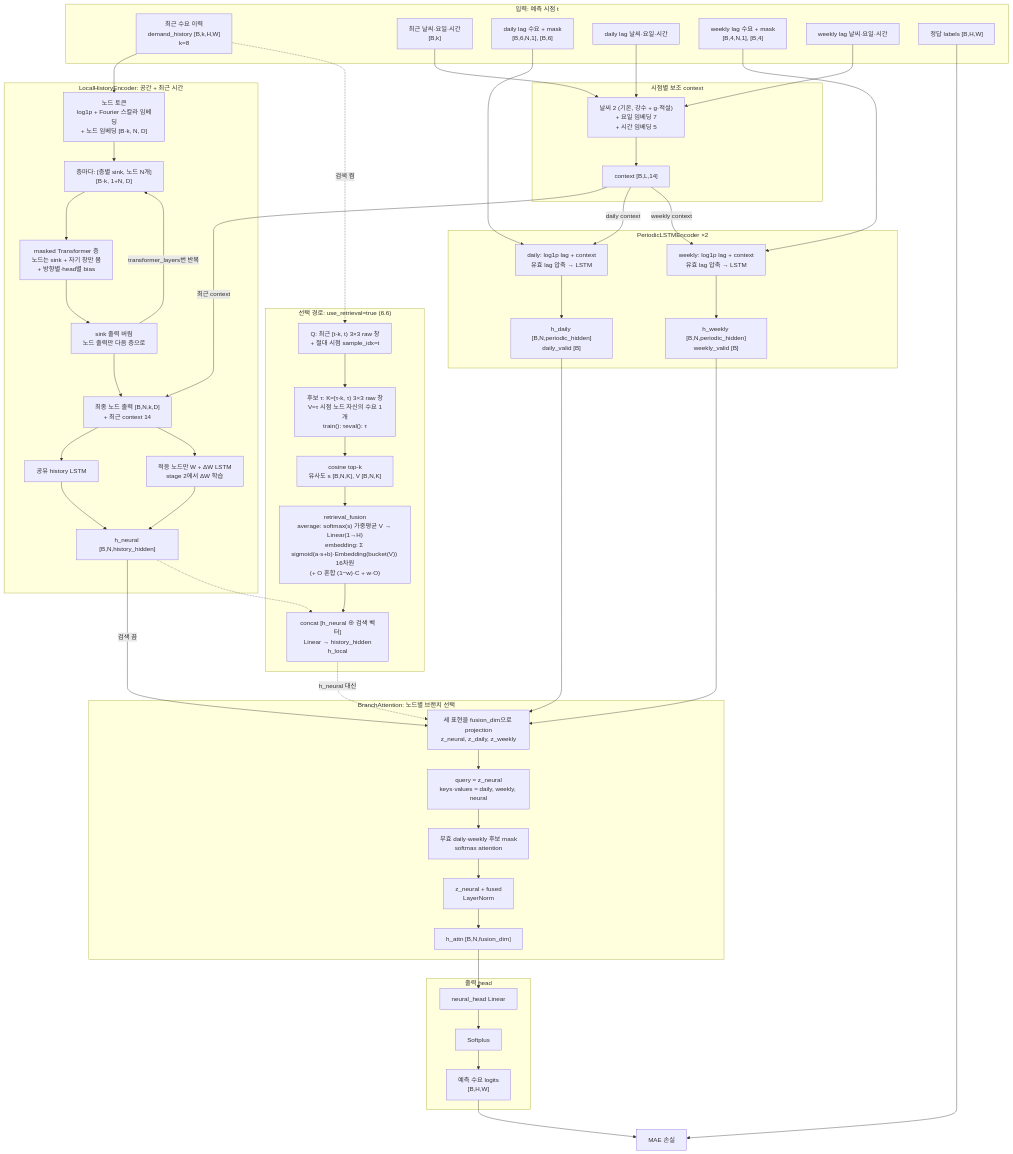
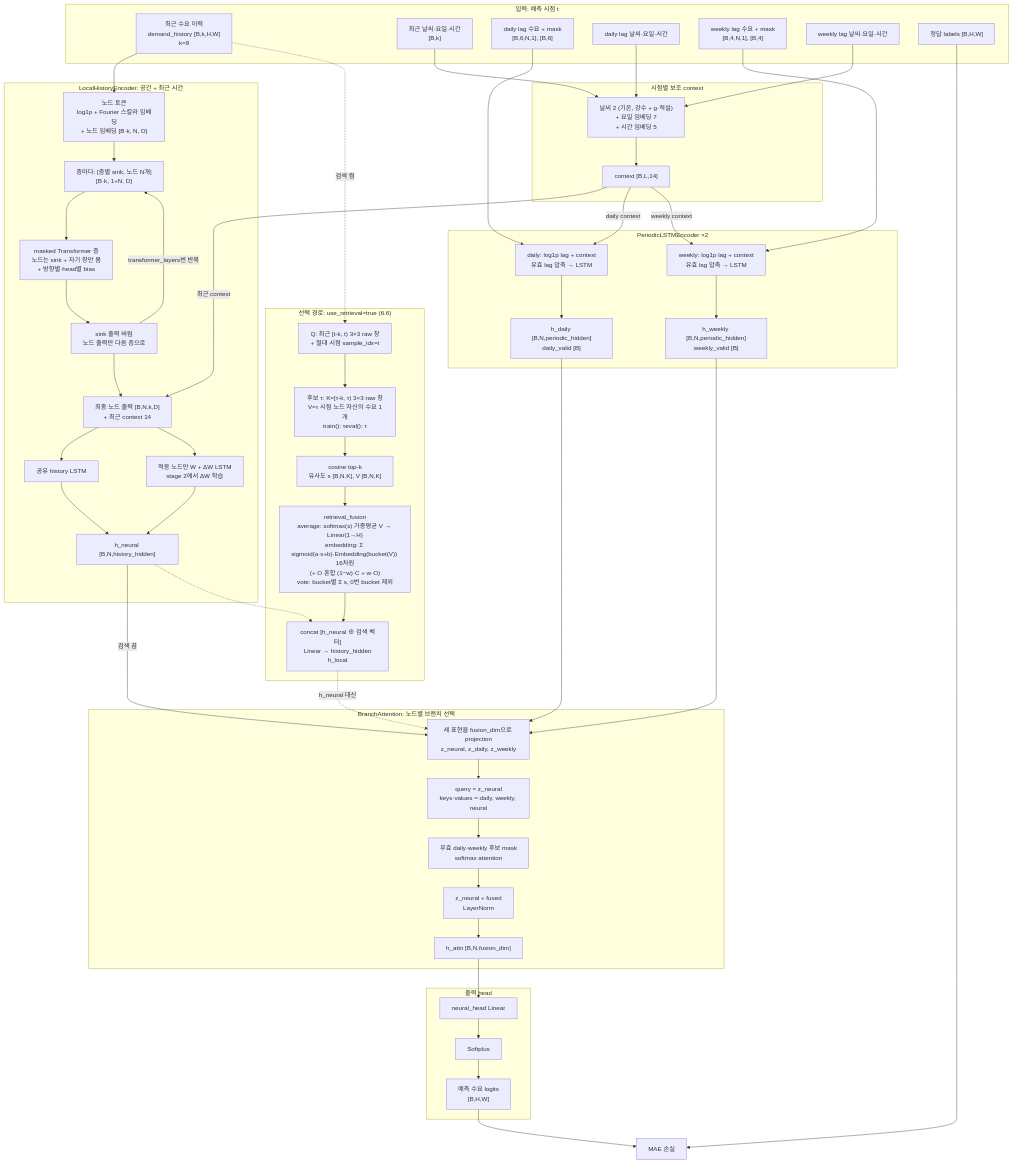
One commit to dev-jake-kim/demandprediction changed the diagram in docs/SPEC.md. Above: the diagram before and after it, drawn with Mermaid. The commit also changed other lines of this file and 5 other files, not shown here.

Commit message:
Retrieval fusion mode vote: per-bucket sum of similarities over nearest-bucket labels, zero bucket dropped

```diff
--- a/docs/SPEC.md
+++ b/docs/SPEC.md
@@ -109,7 +109,7 @@
         R1["Q: 최근 [t-k, t) 3×3 raw 창<br/>+ 절대 시점 sample_idx=t"]
         R2["후보 τ: K=[τ-k, τ) 3×3 raw 창<br/>V=τ 시점 노드 자신의 수요 1개<br/>train(): τ<train_end, τ∉[t, t+72h]<br/>eval(): τ<t"]
         R3["cosine top-k<br/>유사도 s [B,N,K], V [B,N,K]"]
-        R4["retrieval_fusion<br/>average: softmax(s) 가중평균 V → Linear(1→H)<br/>embedding: Σ sigmoid(a·s+b)·Embedding(bucket(V)) 16차원<br/>(+ O 혼합 (1−w)·C + w·O)"]
+        R4["retrieval_fusion<br/>average: softmax(s) 가중평균 V → Linear(1→H)<br/>embedding: Σ sigmoid(a·s+b)·Embedding(bucket(V)) 16차원<br/>(+ O 혼합 (1−w)·C + w·O)<br/>vote: bucket별 Σ s, 0번 bucket 제외"]
         R5["concat [h_neural ⊕ 검색 벡터]<br/>Linear → history_hidden<br/>h_local"]
         R1 --> R2 --> R3 --> R4 --> R5
     end
```
